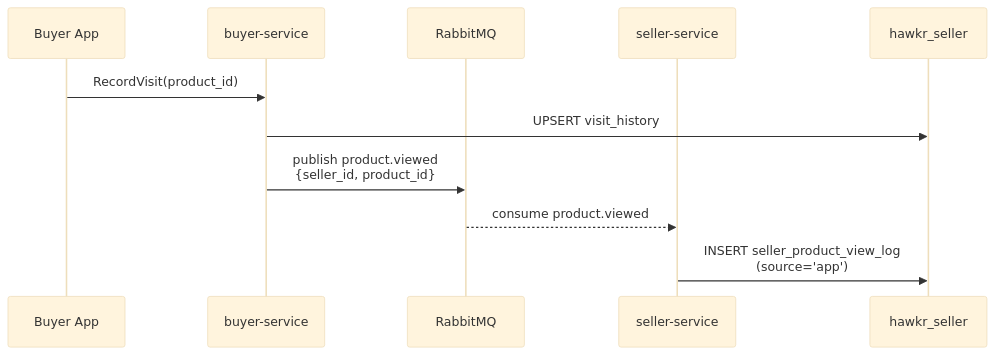
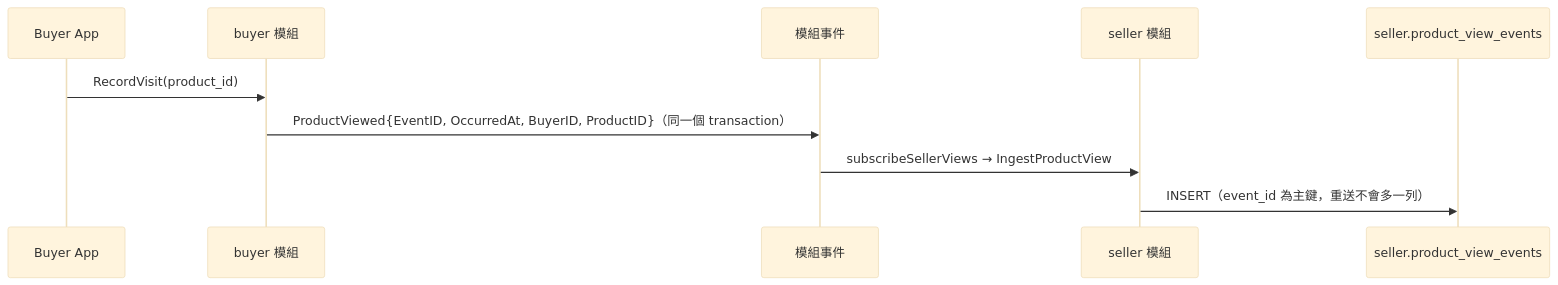
The first of 2 diagrams in backend/docs/詳細設計書/28-商品瀏覽統計（Product View Stats）詳細設計書.md (Will413028/hawkr), drawn with Mermaid (base theme) before and after one commit. The commit also changed other lines of this file, not shown here.

Commit message:
docs(backend): 設計書 28 刪掉只對 seller-service 成立的內容，賣家部分改寫成單體現況

````diff
--- a/backend/docs/詳細設計書/28-商品瀏覽統計（Product View Stats）詳細設計書.md
+++ b/backend/docs/詳細設計書/28-商品瀏覽統計（Product View Stats）詳細設計書.md
@@ -109,14 +85,13 @@
 ```mermaid
 sequenceDiagram
     participant App as Buyer App
-    participant BuyerSvc as buyer-service
-    participant MQ as RabbitMQ
-    participant SellerSvc as seller-service
-    participant DB as hawkr_seller
+    participant Buyer as buyer 模組
+    participant Bus as 模組事件
+    participant Seller as seller 模組
+    participant DB as seller.product_view_events
 
-    App->>BuyerSvc: RecordVisit(product_id)
-    BuyerSvc->>DB: UPSERT visit_history
-    BuyerSvc->>MQ: publish product.viewed<br/>{seller_id, product_id}
-    MQ-->>SellerSvc: consume product.viewed
-    SellerSvc->>DB: INSERT seller_product_view_log<br/>(source='app')
+    App->>Buyer: RecordVisit(product_id)
+    Buyer->>Bus: ProductViewed{EventID, OccurredAt, BuyerID, ProductID}（同一個 transaction）
+    Bus->>Seller: subscribeSellerViews → IngestProductView
+    Seller->>DB: INSERT（event_id 為主鍵，重送不會多一列）
 ```
````
